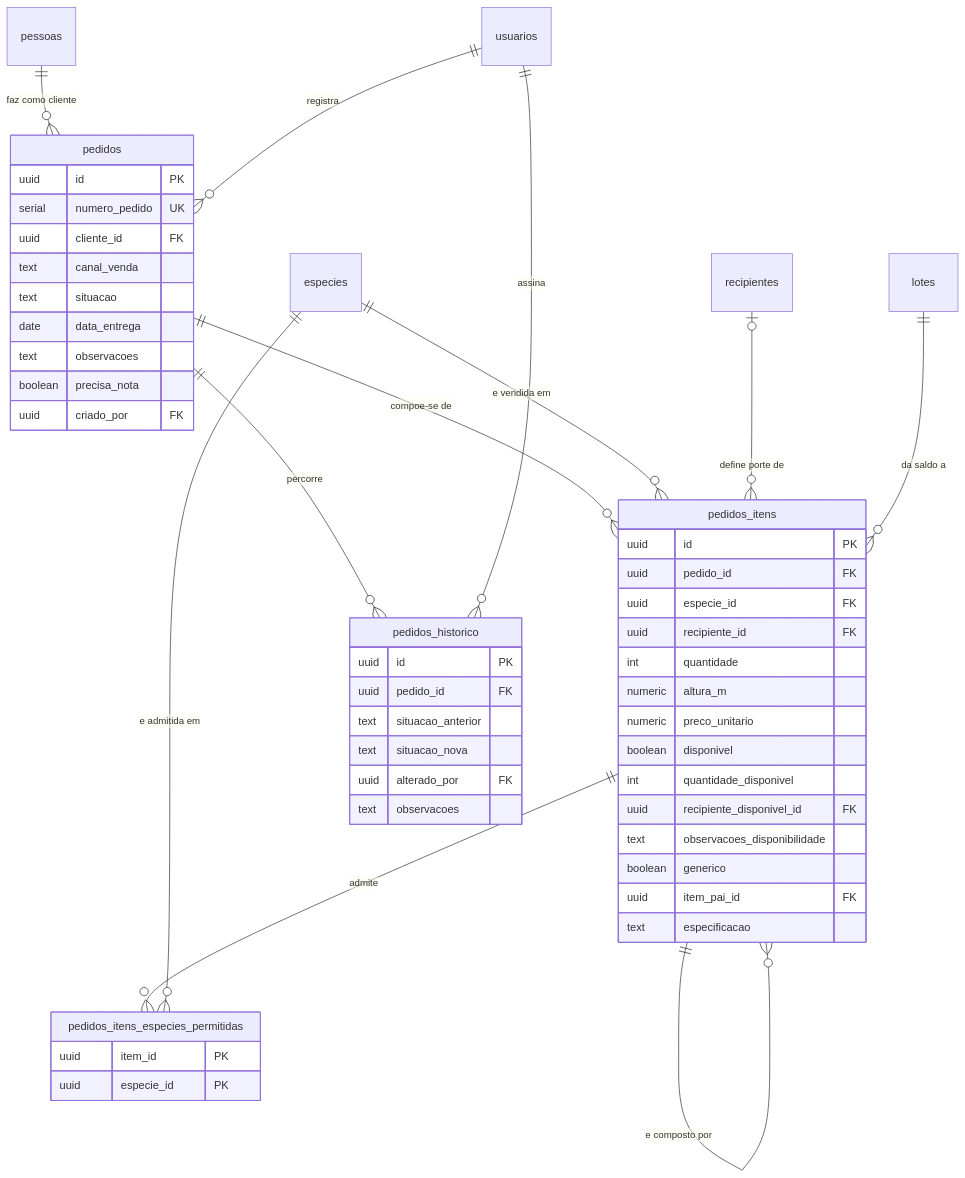
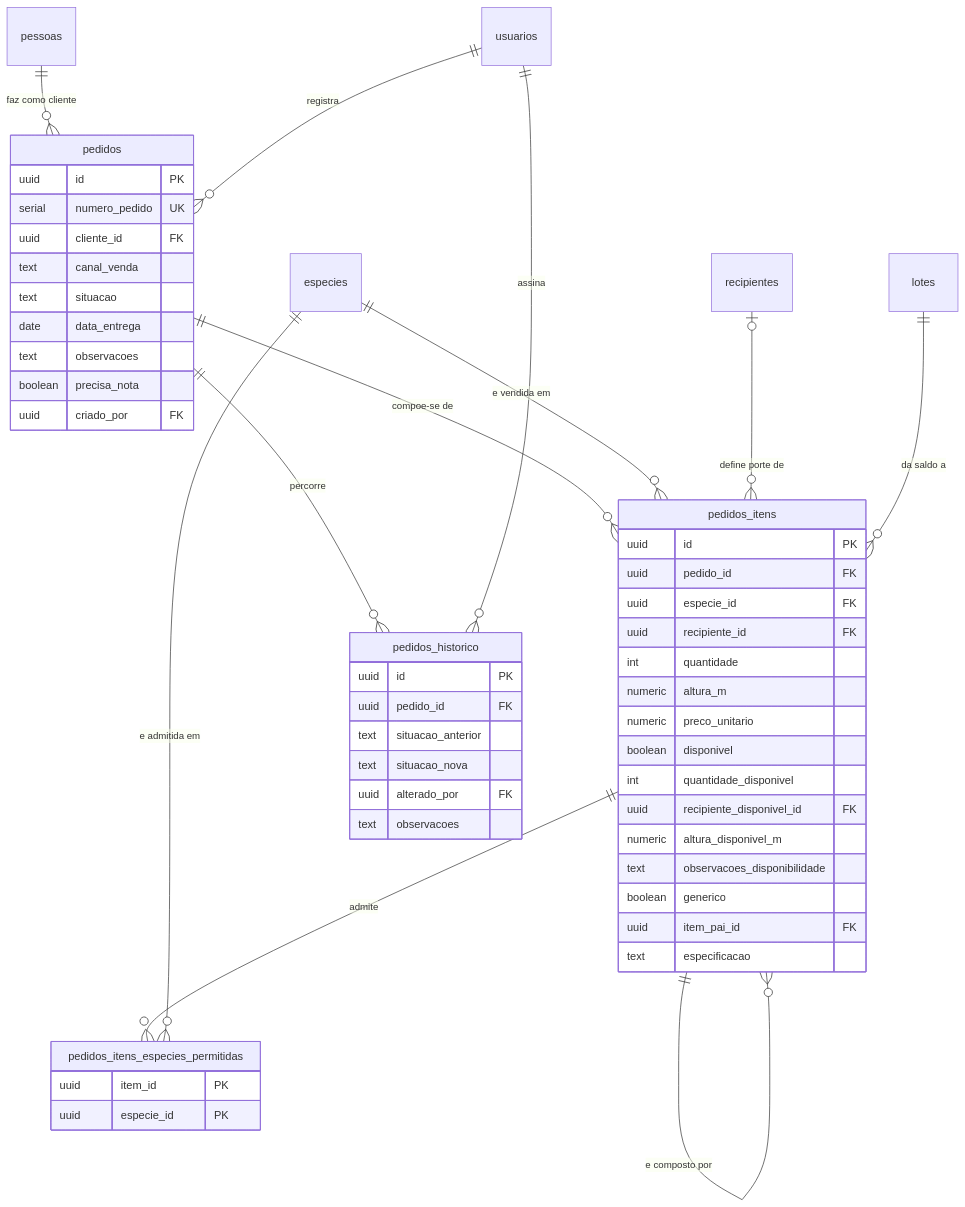
Before and after one commit to JoaoMudar/tcc: the diagram in docs/engenharia/modelo-dados-pt/mmd/fig17-comercial-pedido.mmd, drawn with Mermaid. The commit also changed 30 other files, not shown here.

```diff
--- a/docs/engenharia/modelo-dados-pt/mmd/fig17-comercial-pedido.mmd
+++ b/docs/engenharia/modelo-dados-pt/mmd/fig17-comercial-pedido.mmd
@@ -1,57 +1,58 @@
 erDiagram
   pedidos {
     uuid   id PK
     serial numero_pedido UK
     uuid   cliente_id FK
     text   canal_venda
     text   situacao
     date   data_entrega
     text   observacoes
     boolean precisa_nota
     uuid   criado_por FK
   }
   pedidos_itens {
     uuid    id PK
     uuid    pedido_id FK
     uuid    especie_id FK
     uuid    recipiente_id FK
     int     quantidade
     numeric altura_m
     numeric preco_unitario
     boolean disponivel
     int     quantidade_disponivel
     uuid    recipiente_disponivel_id FK
+    numeric altura_disponivel_m
     text    observacoes_disponibilidade
     boolean generico
     uuid    item_pai_id FK
     text    especificacao
   }
   pedidos_historico {
     uuid id PK
     uuid pedido_id FK
     text situacao_anterior
     text situacao_nova
     uuid alterado_por FK
     text observacoes
   }
   pedidos_itens_especies_permitidas {
     uuid item_id PK
     uuid especie_id PK
   }
   pessoas {}
   especies {}
   recipientes {}
   usuarios {}
   lotes {}
 
   pedidos ||--o{ pedidos_itens : "compoe-se de"
   pessoas ||--o{ pedidos       : "faz como cliente"
   usuarios||--o{ pedidos       : "registra"
   especies    ||--o{ pedidos_itens : "e vendida em"
   recipientes |o--o{ pedidos_itens : "define porte de"
   lotes       ||--o{ pedidos_itens : "da saldo a"
   pedidos ||--o{ pedidos_historico : "percorre"
   usuarios ||--o{ pedidos_historico : "assina"
   pedidos_itens ||--o{ pedidos_itens : "e composto por"
   pedidos_itens ||--o{ pedidos_itens_especies_permitidas : "admite"
   especies ||--o{ pedidos_itens_especies_permitidas : "e admitida em"
```
